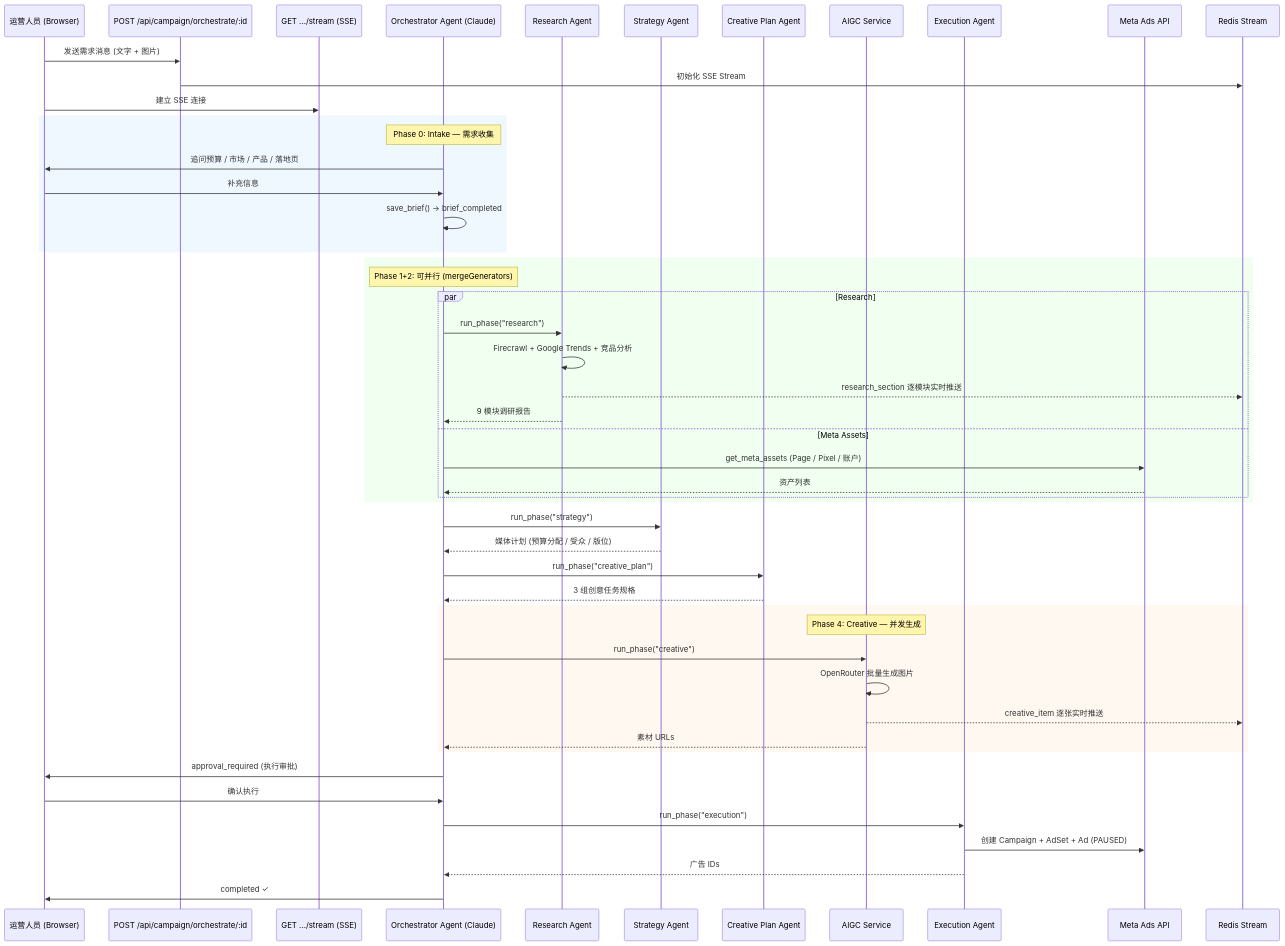
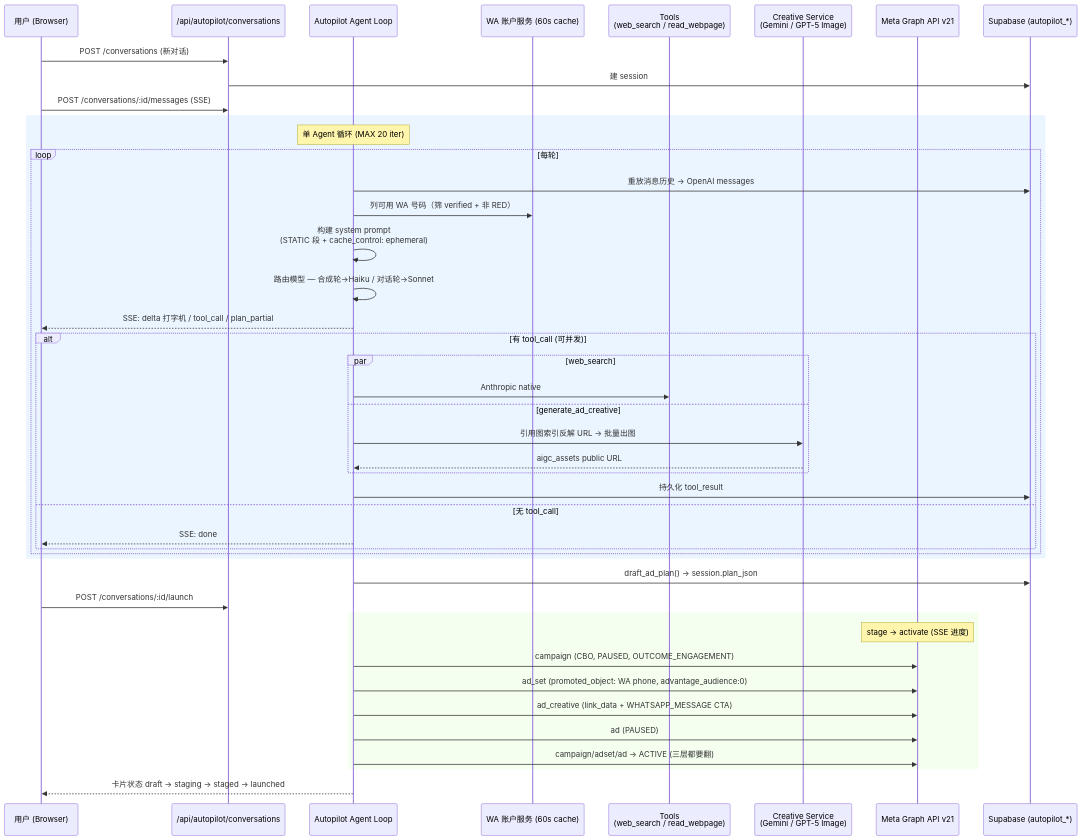
Before and after one commit to Sciiaok/xuqiu-bot: the third of 12 diagrams in README.md, drawn with Mermaid. The commit also changed other lines of this file and 172 other files, not shown here.

````diff
--- a/README.md
+++ b/README.md
@@ -230,60 +287,51 @@
 ```mermaid
 sequenceDiagram
-    participant U as 运营人员 (Browser)
-    participant API as POST /api/campaign/orchestrate/:id
-    participant SSE as GET .../stream (SSE)
-    participant O as Orchestrator Agent (Claude)
-    participant R as Research Agent
-    participant S as Strategy Agent
-    participant CP as Creative Plan Agent
-    participant CR as AIGC Service
-    participant EX as Execution Agent
-    participant Meta as Meta Ads API
-    participant Redis as Redis Stream
+    participant U as 用户 (Browser)
+    participant API as /api/autopilot/conversations
+    participant A as Autopilot Agent Loop
+    participant WA as WA 账户服务 (60s cache)
+    participant Tools as Tools<br/>(web_search / read_webpage)
+    participant CR as Creative Service<br/>(Gemini / GPT-5 Image)
+    participant Meta as Meta Graph API v21
+    participant DB as Supabase (autopilot_*)
 
-    U->>API: 发送需求消息 (文字 + 图片)
-    API->>Redis: 初始化 SSE Stream
-    U->>SSE: 建立 SSE 连接
+    U->>API: POST /conversations (新对话)
+    API->>DB: 建 session
+    U->>API: POST /conversations/:id/messages (SSE)
 
-    rect rgb(240, 248, 255)
-    Note over O: Phase 0: Intake — 需求收集
-    O->>U: 追问预算 / 市场 / 产品 / 落地页
-    U->>O: 补充信息
-    O->>O: save_brief() → brief_completed
-    end
-
-    rect rgb(240, 255, 240)
-    Note over O: Phase 1+2: 可并行 (mergeGenerators)
-    par Research
-        O->>R: run_phase("research")
-        R->>R: Firecrawl + Google Trends + 竞品分析
-        R-->>Redis: research_section 逐模块实时推送
-        R-->>O: 9 模块调研报告
-    and Meta Assets
-        O->>Meta: get_meta_assets (Page / Pixel / 账户)
-        Meta-->>O: 资产列表
+    rect rgb(235, 245, 255)
+    Note over A: 单 Agent 循环 (MAX 20 iter)
+    loop 每轮
+        A->>DB: 重放消息历史 → OpenAI messages
+        A->>WA: 列可用 WA 号码（筛 verified + 非 RED）
+        A->>A: 构建 system prompt<br/>(STATIC 段 + cache_control: ephemeral)
+        A->>A: 路由模型 — 合成轮→Haiku / 对话轮→Sonnet
+        A-->>U: SSE: delta 打字机 / tool_call / plan_partial
+        alt 有 tool_call (可并发)
+            par web_search
+                A->>Tools: Anthropic native
+            and generate_ad_creative
+                A->>CR: 引用图索引反解 URL → 批量出图
+                CR-->>A: aigc_assets public URL
+            end
+            A->>DB: 持久化 tool_result
+        else 无 tool_call
+            A-->>U: SSE: done
+        end
     end
     end
 
-    O->>S: run_phase("strategy")
-    S-->>O: 媒体计划 (预算分配 / 受众 / 版位)
+    A->>DB: draft_ad_plan() → session.plan_json
+    U->>API: POST /conversations/:id/launch
 
-    O->>CP: run_phase("creative_plan")
-    CP-->>O: 3 组创意任务规格
-
-    rect rgb(255, 248, 240)
-    Note over CR: Phase 4: Creative — 并发生成
-    O->>CR: run_phase("creative")
-    CR->>CR: OpenRouter 批量生成图片
-    CR-->>Redis: creative_item 逐张实时推送
-    CR-->>O: 素材 URLs
+    rect rgb(245, 255, 240)
+    Note over Meta: stage → activate (SSE 进度)
+    A->>Meta: campaign (CBO, PAUSED, OUTCOME_ENGAGEMENT)
+    A->>Meta: ad_set (promoted_object: WA phone, advantage_audience:0)
+    A->>Meta: ad_creative (link_data + WHATSAPP_MESSAGE CTA)
+    A->>Meta: ad (PAUSED)
+    A->>Meta: campaign/adset/ad → ACTIVE (三层都要翻)
     end
 
-    O->>U: approval_required (执行审批)
-    U->>O: 确认执行
-
-    O->>EX: run_phase("execution")
-    EX->>Meta: 创建 Campaign + AdSet + Ad (PAUSED)
-    EX-->>O: 广告 IDs
-    O->>U: completed ✓
+    A-->>U: 卡片状态 draft → staging → staged → launched
 ```
````
